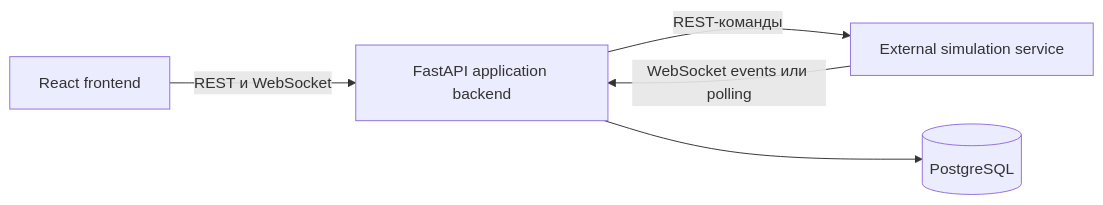
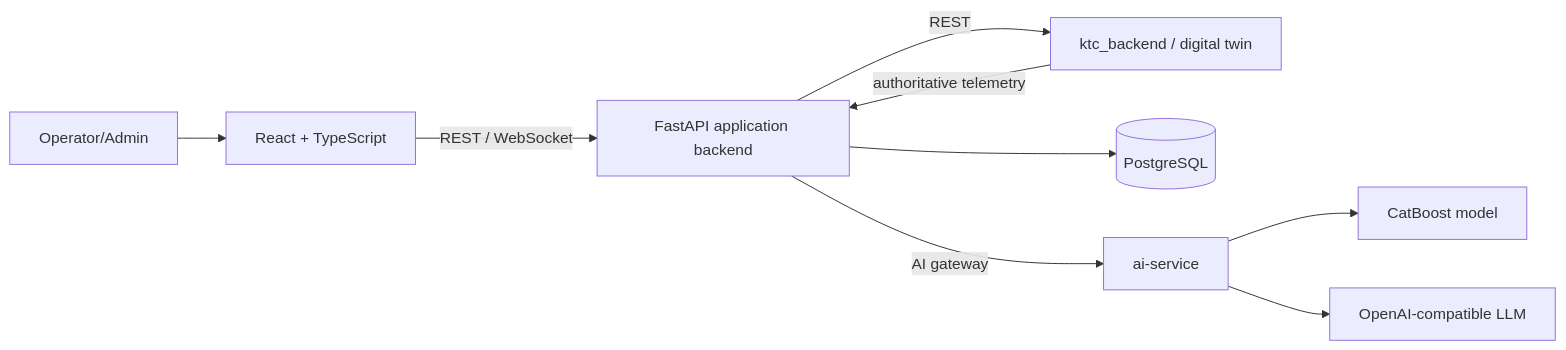
One commit to ffcucaracha/ktc_frontend changed the diagram in README.md. Above: the diagram before and after it, drawn with Mermaid. The commit also changed other lines of this file and 16 other files, not shown here.

````diff
--- a/README.md
+++ b/README.md
@@ -44,7 +46,11 @@
 ```mermaid
 flowchart LR
-    F[React frontend] -->|REST и WebSocket| B[FastAPI application backend]
-    B -->|REST-команды| S[External simulation service]
-    S -->|WebSocket events или polling| B
+    U[Operator/Admin] --> F[React + TypeScript]
+    F -->|REST / WebSocket| B[FastAPI application backend]
+    B -->|REST| K[ktc_backend / digital twin]
+    K -->|authoritative telemetry| B
     B --> P[(PostgreSQL)]
+    B -->|AI gateway| A[ai-service]
+    A --> M[CatBoost model]
+    A --> L[OpenAI-compatible LLM]
 ```
````
